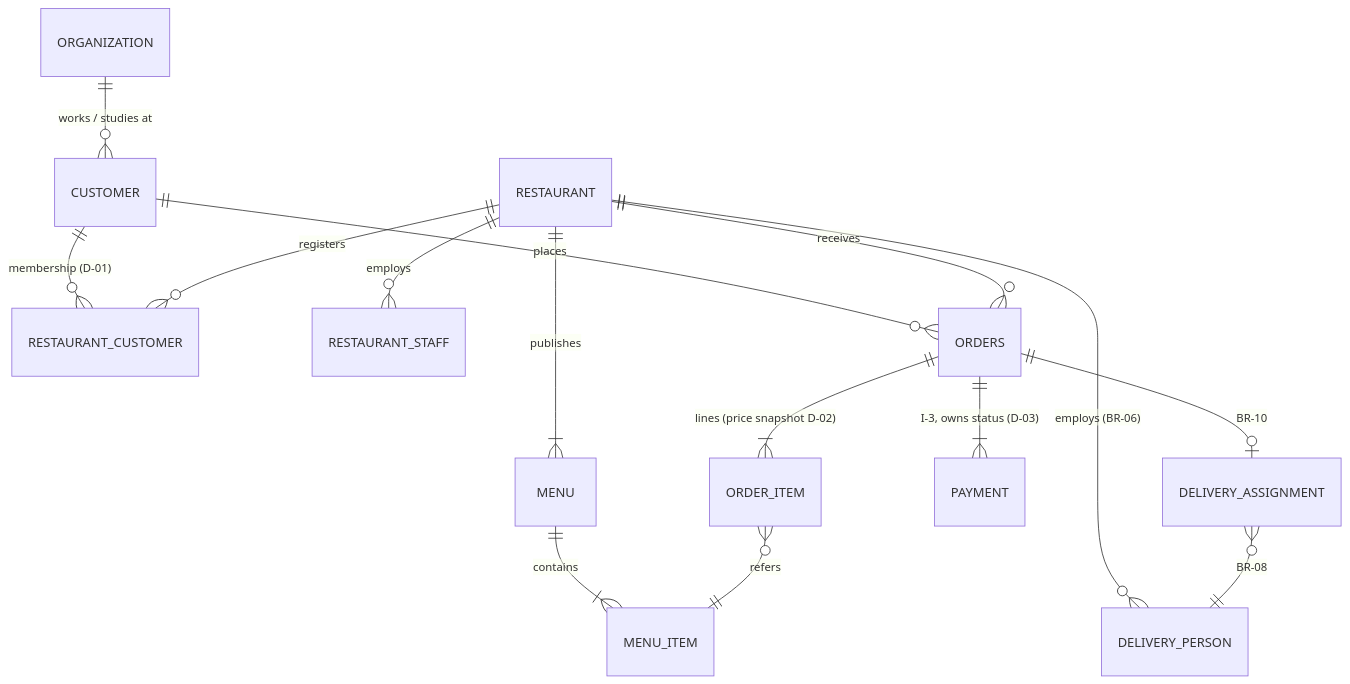
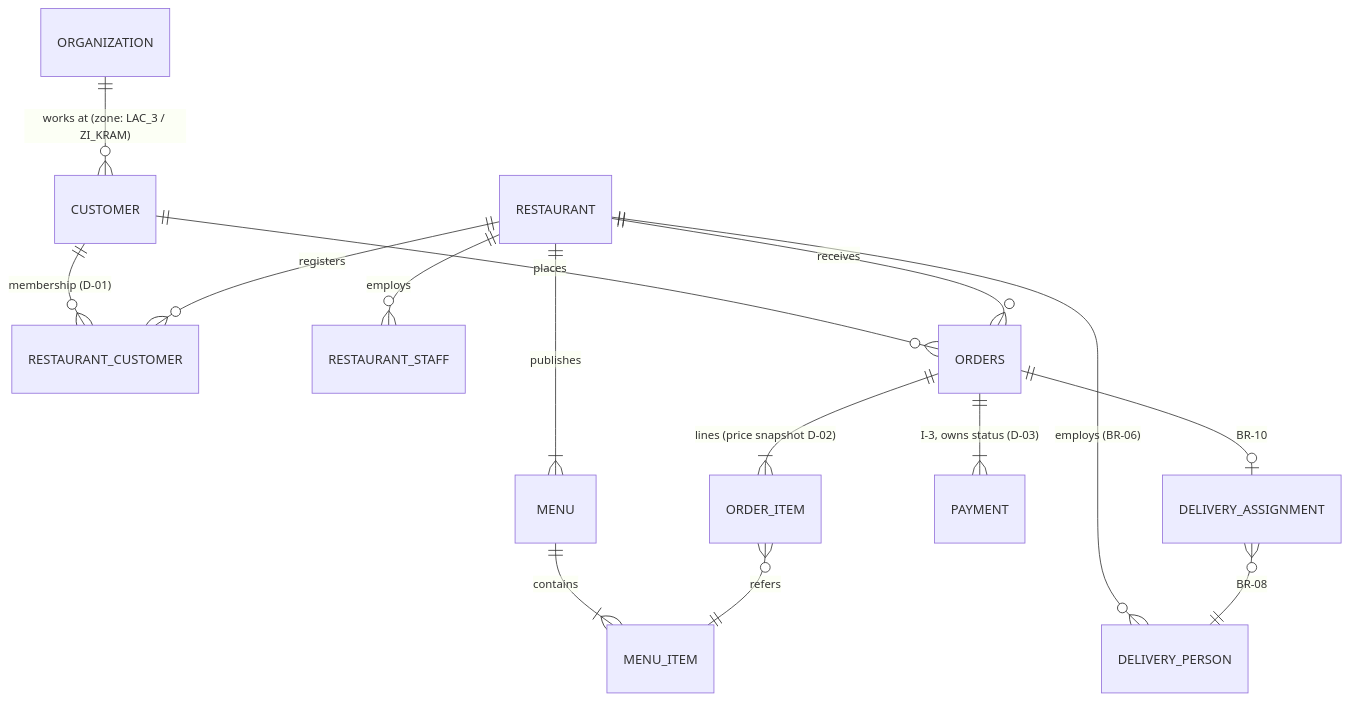
The second of 2 diagrams in docs/architecture.md (HamzaBL04/FoodGO), drawn with Mermaid before and after one commit. The commit also changed other lines of this file and 53 other files, not shown here.

First line of the commit message:
feat: serve only Lac 3 and Zone Industrielle Le Kram (FR-32, BR-17)

````diff
--- a/docs/architecture.md
+++ b/docs/architecture.md
@@ -67,17 +69,17 @@
 ```mermaid
 erDiagram
-  ORGANIZATION ||--o{ CUSTOMER : "works / studies at"
+  ORGANIZATION ||--o{ CUSTOMER : "works at (zone: LAC_3 / ZI_KRAM)"
   CUSTOMER ||--o{ RESTAURANT_CUSTOMER : "membership (D-01)"
   RESTAURANT ||--o{ RESTAURANT_CUSTOMER : registers
   RESTAURANT ||--o{ RESTAURANT_STAFF : employs
   RESTAURANT ||--o{ DELIVERY_PERSON : "employs (BR-06)"
   RESTAURANT ||--|{ MENU : publishes
   MENU ||--|{ MENU_ITEM : contains
   CUSTOMER ||--o{ ORDERS : places
   RESTAURANT ||--o{ ORDERS : receives
   ORDERS ||--|{ ORDER_ITEM : "lines (price snapshot D-02)"
   ORDER_ITEM }o--|| MENU_ITEM : refers
   ORDERS ||--|{ PAYMENT : "I-3, owns status (D-03)"
   ORDERS ||--o| DELIVERY_ASSIGNMENT : "BR-10"
   DELIVERY_ASSIGNMENT }o--|| DELIVERY_PERSON : "BR-08"
 ```
````
